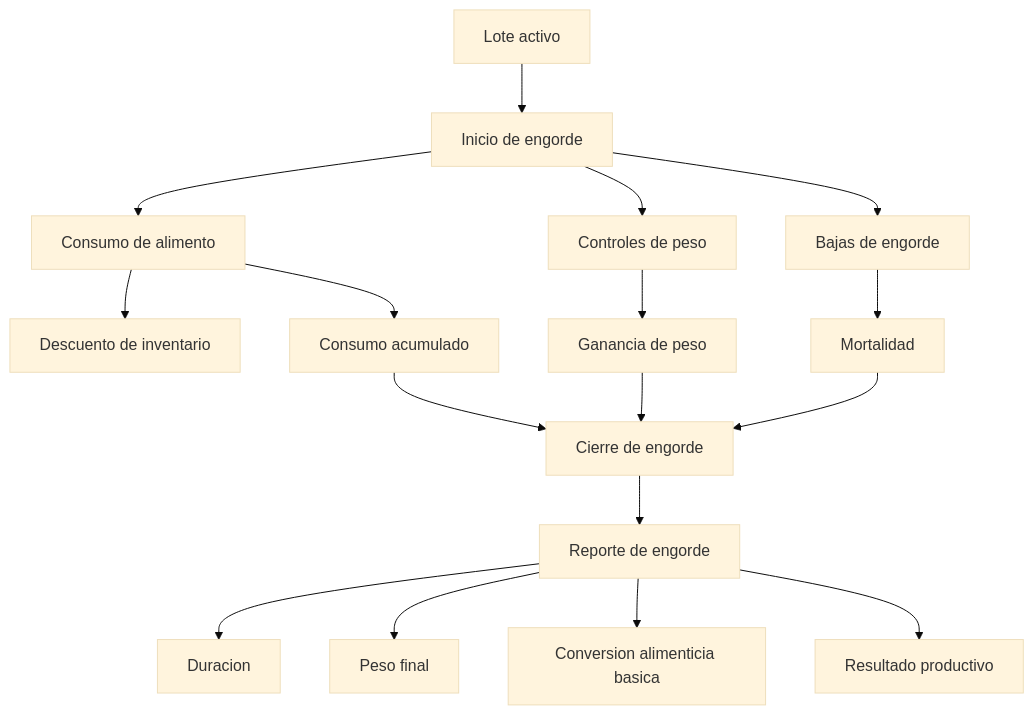
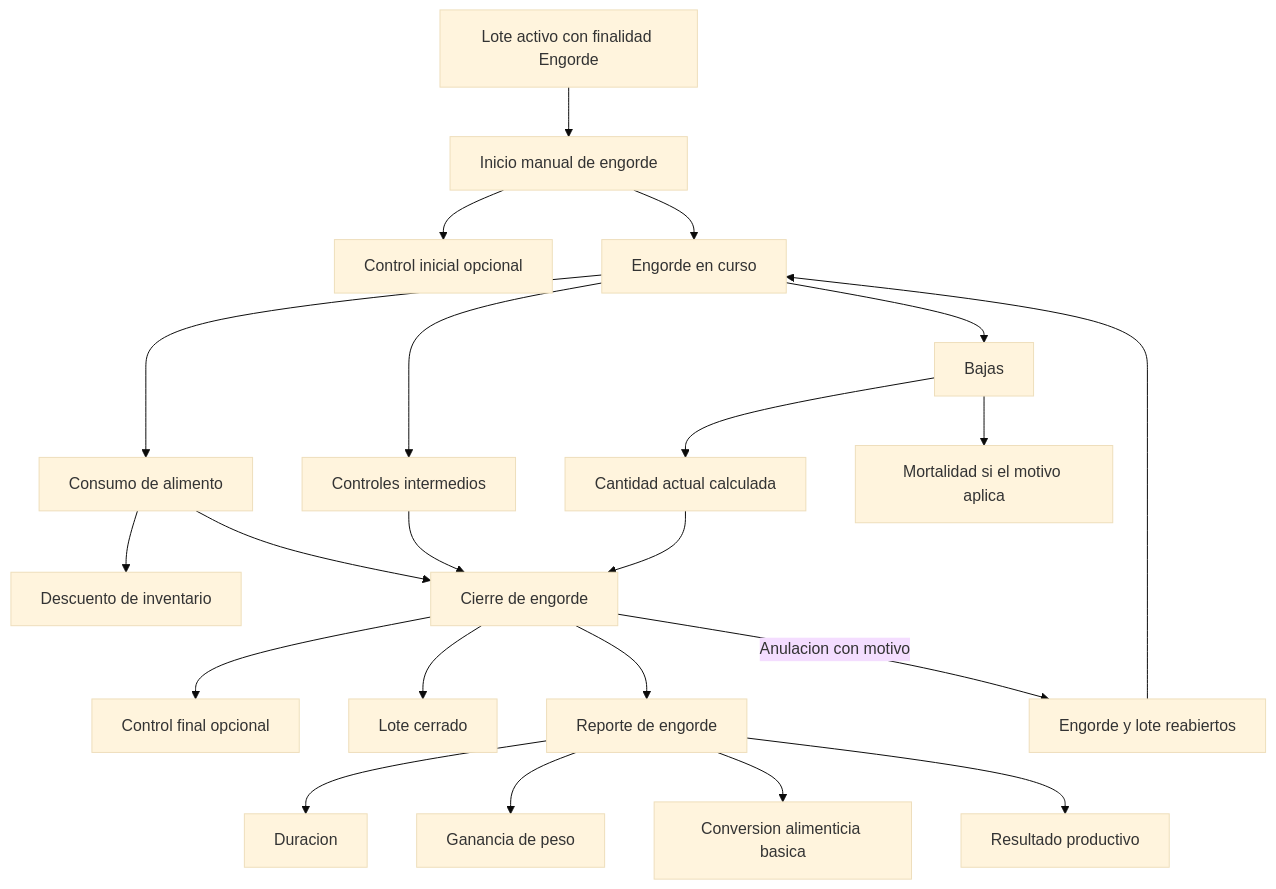
Before and after one commit to GregorioLucena/gestion-granjas-sdd: the third of 5 diagrams in docs/04-diagrama-flujo.md, drawn with Mermaid (base theme). The commit also changed other lines of this file and 32 other files, not shown here.

````diff
--- a/docs/04-diagrama-flujo.md
+++ b/docs/04-diagrama-flujo.md
@@ -111,19 +113,24 @@
 ```mermaid
 flowchart TD
-    A[Lote activo] --> B[Inicio de engorde]
-    B --> C[Consumo de alimento]
-    C --> C1[Descuento de inventario]
-    B --> D[Controles de peso]
-    B --> E[Bajas de engorde]
-    D --> F[Ganancia de peso]
-    C --> G[Consumo acumulado]
-    E --> H[Mortalidad]
-    F --> I[Cierre de engorde]
-    G --> I
-    H --> I
-    I --> J[Reporte de engorde]
-    J --> J1[Duracion]
-    J --> J2[Peso final]
-    J --> J3[Conversion alimenticia basica]
-    J --> J4[Resultado productivo]
+    LoteActivo["Lote activo con finalidad Engorde"] --> Inicio[Inicio manual de engorde]
+    Inicio --> PesoInicial["Control inicial opcional"]
+    Inicio --> Proceso[Engorde en curso]
+    Proceso --> Consumo[Consumo de alimento]
+    Consumo --> Inventario[Descuento de inventario]
+    Proceso --> PesoIntermedio[Controles intermedios]
+    Proceso --> Baja[Bajas]
+    Baja --> Cantidad["Cantidad actual calculada"]
+    Baja --> Mortalidad["Mortalidad si el motivo aplica"]
+    Cantidad --> Cierre[Cierre de engorde]
+    PesoIntermedio --> Cierre
+    Consumo --> Cierre
+    Cierre --> PesoFinal["Control final opcional"]
+    Cierre --> LoteCerrado[Lote cerrado]
+    Cierre --> Reporte[Reporte de engorde]
+    Cierre -->|"Anulacion con motivo"| Reapertura["Engorde y lote reabiertos"]
+    Reapertura --> Proceso
+    Reporte --> Duracion[Duracion]
+    Reporte --> Ganancia[Ganancia de peso]
+    Reporte --> Conversion[Conversion alimenticia basica]
+    Reporte --> Resultado[Resultado productivo]
 ```
````
